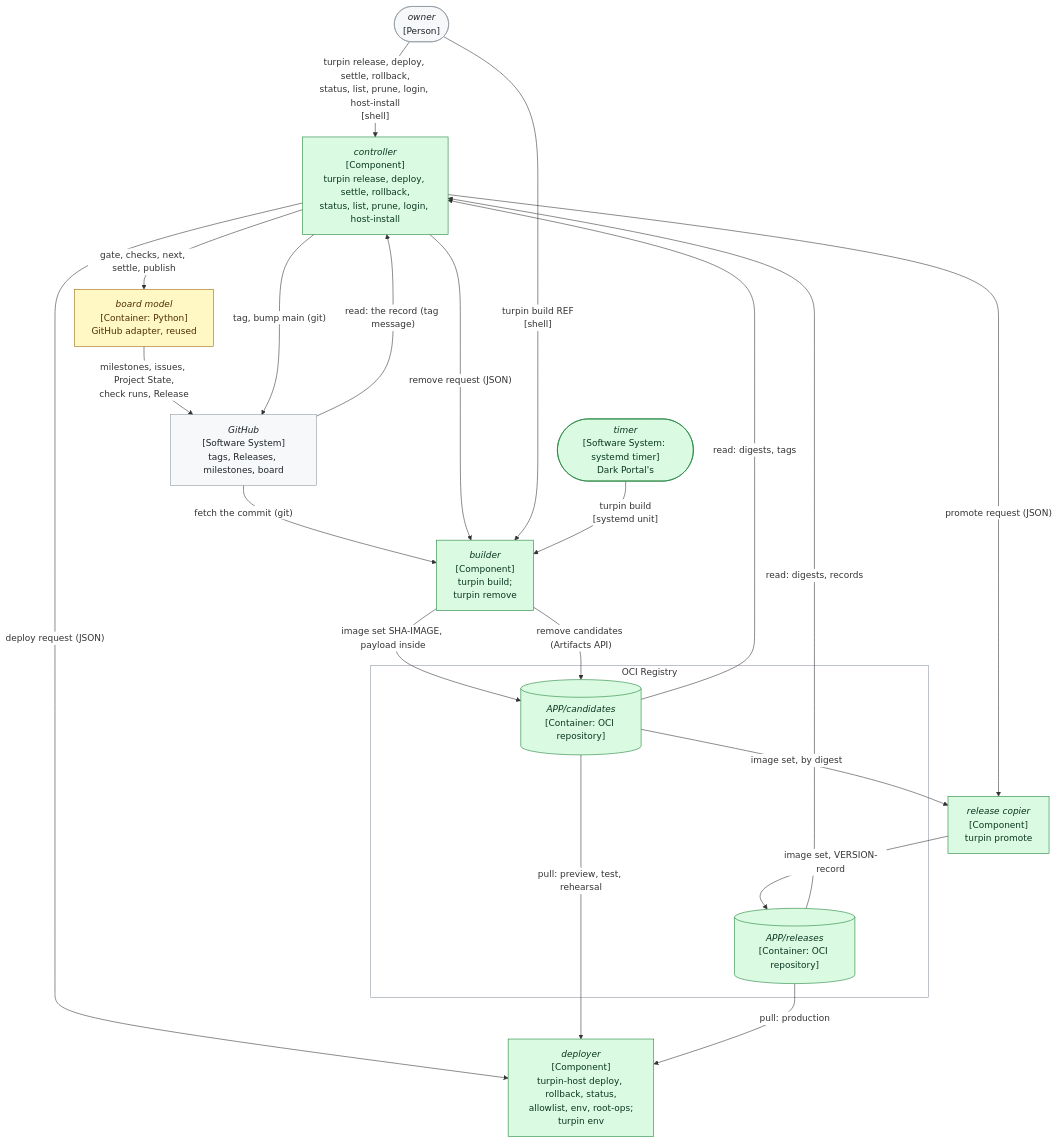
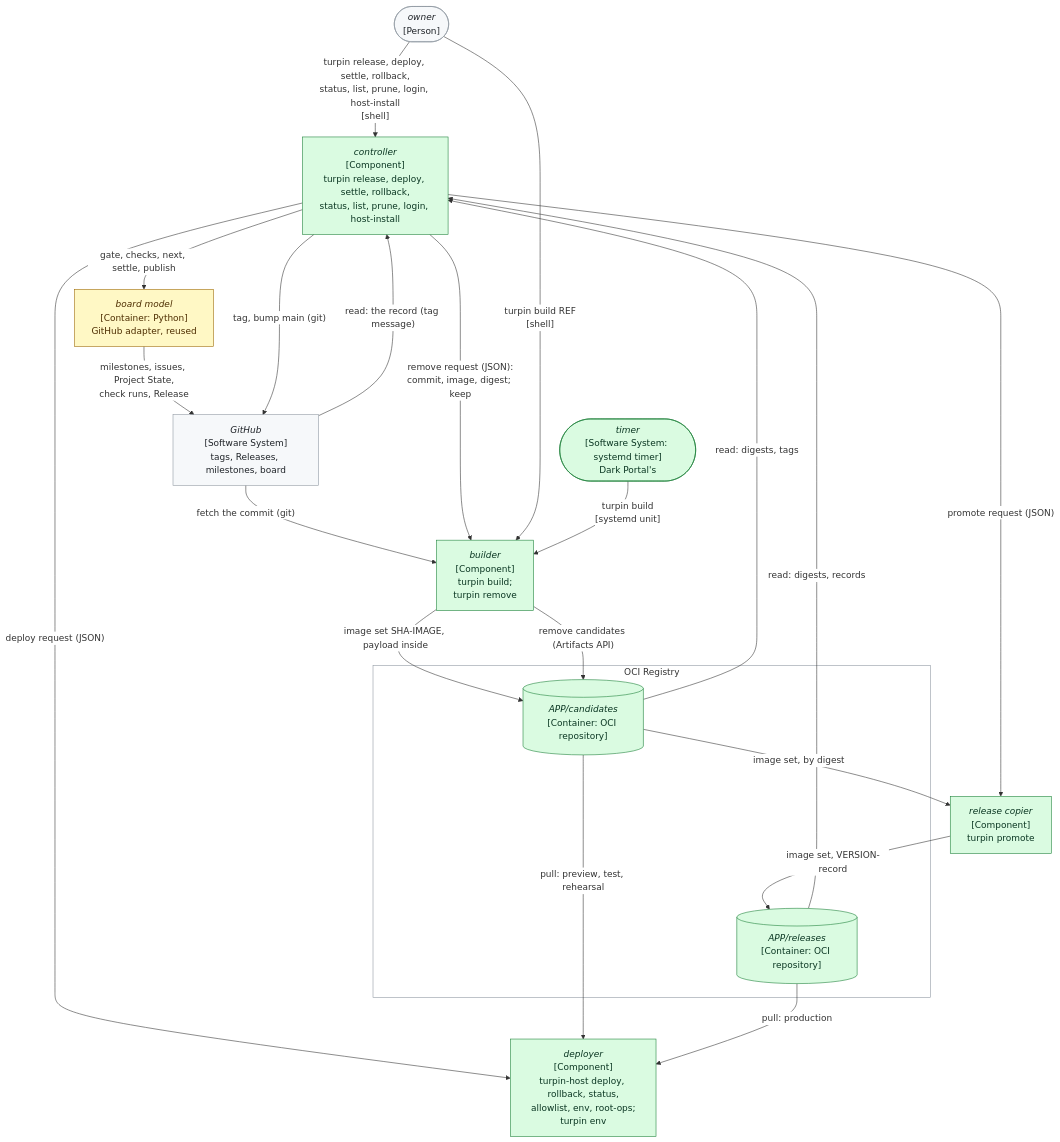
The first of 10 diagrams in records/2.5-changes/programme-tooling/117-generic-deliver-tool/design.md (delphside/programme), drawn with Mermaid before and after one commit. The commit also changed other lines of this file and 35 other files, not shown here.

````diff
--- a/records/2.5-changes/programme-tooling/117-generic-deliver-tool/design.md
+++ b/records/2.5-changes/programme-tooling/117-generic-deliver-tool/design.md
@@ -172,41 +172,41 @@
 ```mermaid
 %%{init: {"themeVariables": {"clusterBkg": "#ffffff", "clusterBorder": "#8c959f", "edgeLabelBackground": "#ffffff"}}}%%
 flowchart TB
   OWN(["<i>owner</i><br>[Person]"])
   TIMER(["<i>timer</i><br>[Software System: systemd timer]<br>Dark Portal's"])
   CTL["<i>controller</i><br>[Component]<br>turpin release, deploy, settle, rollback,<br>status, list, prune, login, host-install"]
   BLD["<i>builder</i><br>[Component]<br>turpin build;<br>turpin remove"]
   COPY["<i>release copier</i><br>[Component]<br>turpin promote"]
   DEP["<i>deployer</i><br>[Component]<br>turpin-host deploy, rollback, status,<br>allowlist, env, root-ops;<br>turpin env"]
   subgraph OCIR["OCI Registry"]
     CAND[("<i>APP/candidates</i><br>[Container: OCI repository]")]
     REL[("<i>APP/releases</i><br>[Container: OCI repository]")]
   end
   GH["<i>GitHub</i><br>[Software System]<br>tags, Releases, milestones, board"]
   BM["<i>board model</i><br>[Container: Python]<br>GitHub adapter, reused"]
   CTL -->|"gate, checks, next, settle, publish"| BM
   BM -->|"milestones, issues, Project State,<br>check runs, Release"| GH
   BLD -->|"image set SHA-IMAGE, payload inside"| CAND
   GH -->|"fetch the commit (git)"| BLD
   CAND -->|"read: digests, tags"| CTL
   REL -->|"read: digests, records"| CTL
-  CTL -->|"remove request (JSON)"| BLD
+  CTL -->|"remove request (JSON):<br>commit, image, digest; keep"| BLD
   BLD -->|"remove candidates (Artifacts API)"| CAND
   CTL -->|"promote request (JSON)"| COPY
   CAND -->|"image set, by digest"| COPY
   COPY -->|"image set, VERSION-record"| REL
   CTL -->|"deploy request (JSON)"| DEP
   CAND -->|"pull: preview, test, rehearsal"| DEP
   REL -->|"pull: production"| DEP
   CTL -->|"tag, bump main (git)"| GH
   GH -->|"read: the record (tag message)"| CTL
   OWN -->|"turpin release, deploy, settle, rollback,<br>status, list, prune, login, host-install<br>[shell]"| CTL
   OWN -->|"turpin build REF<br>[shell]"| BLD
   TIMER -->|"turpin build<br>[systemd unit]"| BLD
   classDef unchanged    fill:#f6f8fa,stroke:#8c959f,color:#1f2328
   classDef new          fill:#dafbe1,stroke:#1a7f37,color:#0a3622
   classDef changed      fill:#fff8c5,stroke:#9a6700,color:#4d2d00
   class TIMER,CTL,BLD,COPY,DEP,CAND,REL new
   class BM changed
   class OWN,GH unchanged
 ```
````
